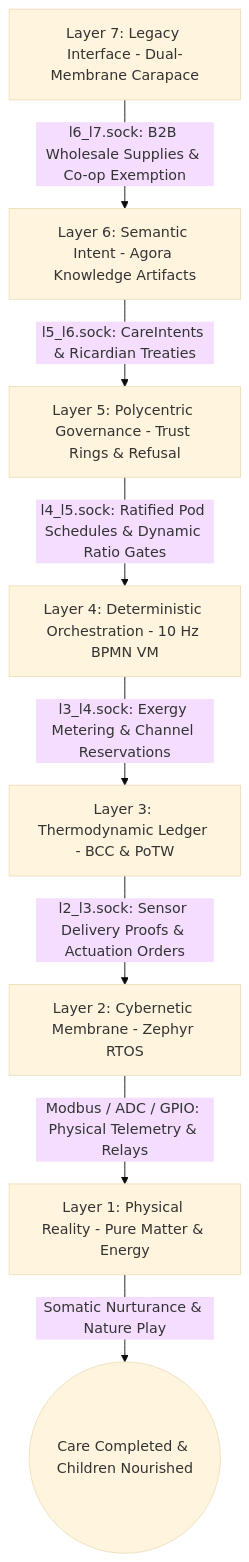
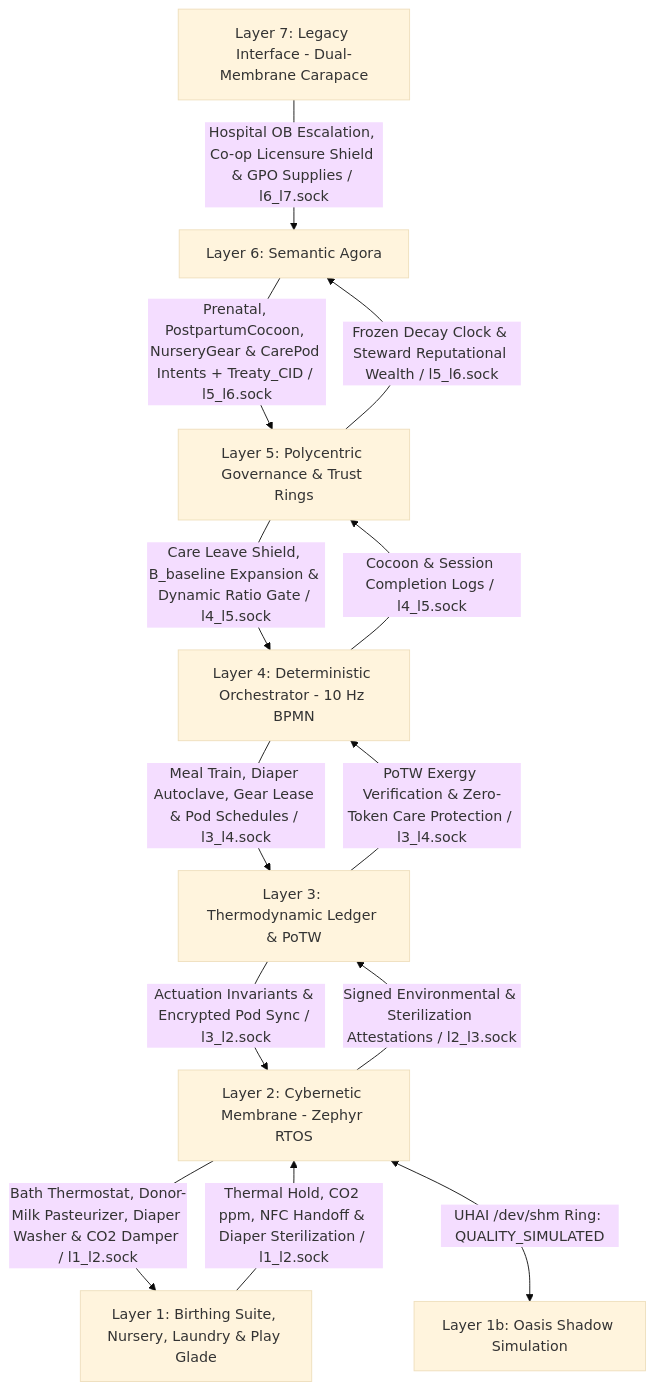
One commit to raffaine/collective changed the first of 3 diagrams in docs/scenarios/delta_childcare.md. Above: the diagram before and after it, drawn with Mermaid (base theme). The commit also changed other lines of this file and 56 other files, not shown here.

Commit message:
feat(sprints-11-14): implement Homestead playability, 3D pathfinding, Scenario Gamma kitchen, Async Node Proxies, and Layer 6/5/4 architecture

````diff
--- a/docs/scenarios/delta_childcare.md
+++ b/docs/scenarios/delta_childcare.md
@@ -42,10 +131,15 @@
 ```mermaid
 graph TD
-    L7[Layer 7: Legacy Interface - Dual-Membrane Carapace] -->|l6_l7.sock: B2B Wholesale Supplies & Co-op Exemption| L6[Layer 6: Semantic Intent - Agora Knowledge Artifacts]
-    L6 -->|l5_l6.sock: CareIntents & Ricardian Treaties| L5[Layer 5: Polycentric Governance - Trust Rings & Refusal]
-    L5 -->|l4_l5.sock: Ratified Pod Schedules & Dynamic Ratio Gates| L4[Layer 4: Deterministic Orchestration - 10 Hz BPMN VM]
-    L4 -->|l3_l4.sock: Exergy Metering & Channel Reservations| L3[Layer 3: Thermodynamic Ledger - BCC & PoTW]
-    L3 -->|l2_l3.sock: Sensor Delivery Proofs & Actuation Orders| L2[Layer 2: Cybernetic Membrane - Zephyr RTOS]
-    L2 -->|Modbus / ADC / GPIO: Physical Telemetry & Relays| L1[Layer 1: Physical Reality - Pure Matter & Energy]
-    L1 -->|Somatic Nurturance & Nature Play| End((Care Completed & Children Nourished))
+    L7[Layer 7: Legacy Interface - Dual-Membrane Carapace] -->|Hospital OB Escalation, Co-op Licensure Shield & GPO Supplies / l6_l7.sock| L6[Layer 6: Semantic Agora]
+    L6 -->|Prenatal, PostpartumCocoon, NurseryGear & CarePod Intents + Treaty_CID / l5_l6.sock| L5[Layer 5: Polycentric Governance & Trust Rings]
+    L5 -->|Care Leave Shield, B_baseline Expansion & Dynamic Ratio Gate / l4_l5.sock| L4[Layer 4: Deterministic Orchestrator - 10 Hz BPMN]
+    L4 -->|Meal Train, Diaper Autoclave, Gear Lease & Pod Schedules / l3_l4.sock| L3[Layer 3: Thermodynamic Ledger & PoTW]
+    L3 -->|Actuation Invariants & Encrypted Pod Sync / l3_l2.sock| L2[Layer 2: Cybernetic Membrane - Zephyr RTOS]
+    L2 -->|Bath Thermostat, Donor-Milk Pasteurizer, Diaper Washer & CO2 Damper / l1_l2.sock| L1[Layer 1: Birthing Suite, Nursery, Laundry & Play Glade]
+    L2 <-->|UHAI /dev/shm Ring: QUALITY_SIMULATED| L1b[Layer 1b: Oasis Shadow Simulation]
+    L1 -->|Thermal Hold, CO2 ppm, NFC Handoff & Diaper Sterilization / l1_l2.sock| L2
+    L2 -->|Signed Environmental & Sterilization Attestations / l2_l3.sock| L3
+    L3 -->|PoTW Exergy Verification & Zero-Token Care Protection / l3_l4.sock| L4
+    L4 -->|Cocoon & Session Completion Logs / l4_l5.sock| L5
+    L5 -->|Frozen Decay Clock & Steward Reputational Wealth / l5_l6.sock| L6
 ```
````
